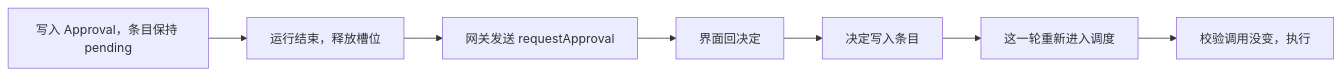
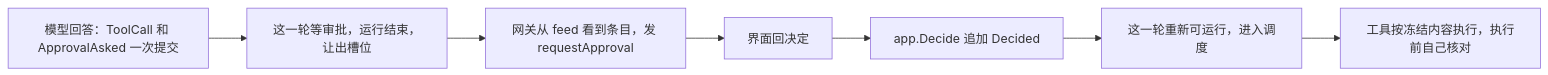
The second of 2 diagrams in docs/zh/engine/permissions.md (0xfakeSpike/ollupi-docs), drawn with Mermaid before and after one commit. The commit also changed other lines of this file and 86 other files, not shown here.

````diff
--- a/docs/zh/engine/permissions.md
+++ b/docs/zh/engine/permissions.md
@@ -175,9 +218,9 @@
 ```mermaid
 flowchart LR
-  A["写入 Approval，条目保持 pending"] --> B["运行结束，释放槽位"]
-  B --> C["网关发送 requestApproval"]
+  A["模型回答：ToolCall 和 ApprovalAsked 一次提交"] --> B["这一轮等审批，运行结束，让出槽位"]
+  B --> C["网关从 feed 看到条目，发 requestApproval"]
   C --> D["界面回决定"]
-  D --> E["决定写入条目"]
-  E --> F["这一轮重新进入调度"]
-  F --> G["校验调用没变，执行"]
+  D --> E["app.Decide 追加 Decided"]
+  E --> F["这一轮重新可运行，进入调度"]
+  F --> G["工具按冻结内容执行，执行前自己核对"]
 ```
````
